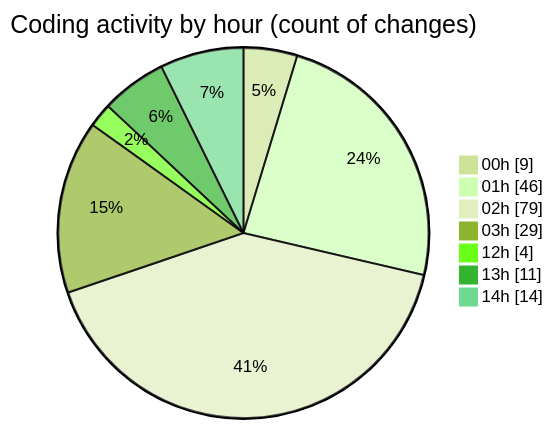
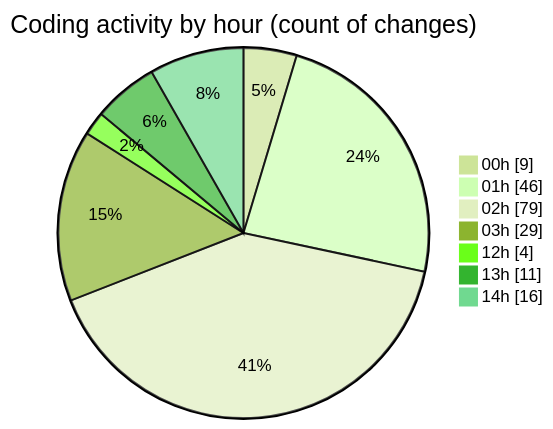
Before and after one commit to julien-gomy/code-tracking: the second of 2 diagrams in 2025-11-18/eventscop-frontend-guide__workspace_/README.md, drawn with Mermaid (forest theme). The commit also changed other lines of this file and 1 other file, not shown here.

````diff
--- a/2025-11-18/eventscop-frontend-guide__workspace_/README.md
+++ b/2025-11-18/eventscop-frontend-guide__workspace_/README.md
@@ -74,11 +74,11 @@
 ```mermaid
 pie showData
 title Coding activity by hour (count of changes)
 "00h" : 9
 "01h" : 46
 "02h" : 79
 "03h" : 29
 "12h" : 4
 "13h" : 11
-"14h" : 14
+"14h" : 16
 ```
````
